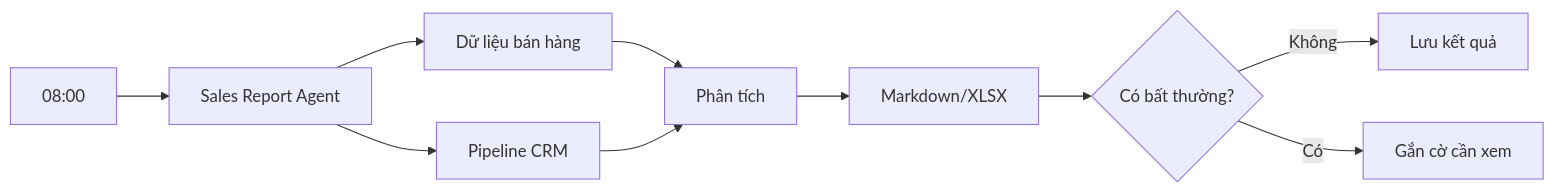
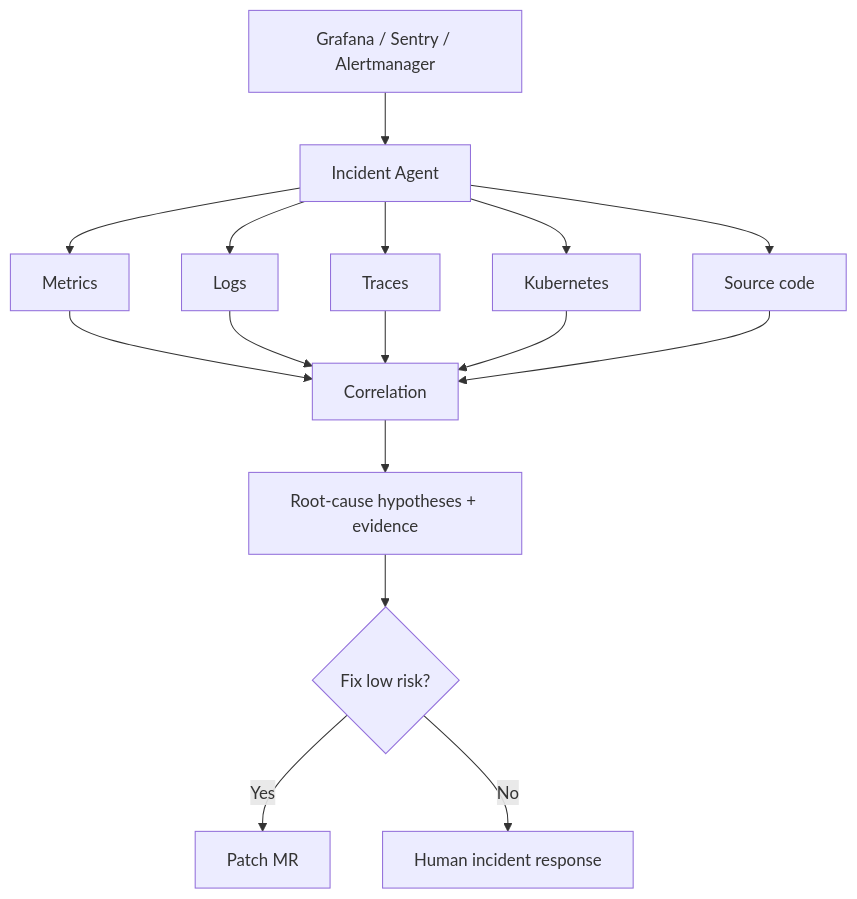
One commit to huynv-xyz/vhm changed the seventh of 15 diagrams in OPENAI_AGENTS_GUIDE_VI.md. Above: the diagram before and after it, drawn with Mermaid. The commit also changed other lines of this file, not shown here.

````diff
--- a/OPENAI_AGENTS_GUIDE_VI.md
+++ b/OPENAI_AGENTS_GUIDE_VI.md
@@ -248,12 +443,18 @@
 ```mermaid
-flowchart LR
-    TIME[08:00] --> AG[Sales Report Agent]
-    AG --> DB[Dữ liệu bán hàng]
-    AG --> CRM[Pipeline CRM]
-    DB --> AN[Phân tích]
-    CRM --> AN
-    AN --> REPORT[Markdown/XLSX]
-    REPORT --> CHECK{Có bất thường?}
-    CHECK -- Không --> DONE[Lưu kết quả]
-    CHECK -- Có --> REVIEW[Gắn cờ cần xem]
+flowchart TD
+    A[Grafana / Sentry / Alertmanager] --> I[Incident Agent]
+    I --> M[Metrics]
+    I --> L[Logs]
+    I --> T[Traces]
+    I --> K[Kubernetes]
+    I --> R[Source code]
+    M --> C[Correlation]
+    L --> C
+    T --> C
+    K --> C
+    R --> C
+    C --> H[Root-cause hypotheses + evidence]
+    H --> X{Fix low risk?}
+    X -- Yes --> MR[Patch MR]
+    X -- No --> HUM[Human incident response]
 ```
````
